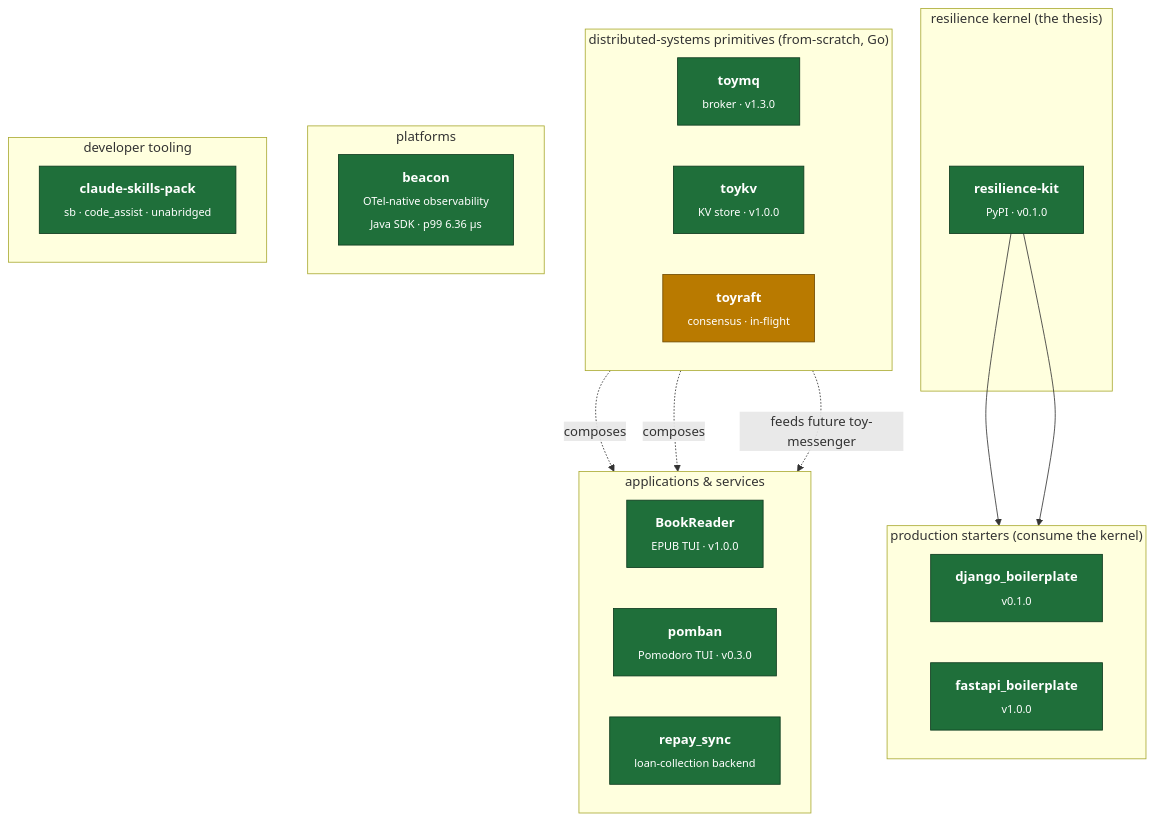
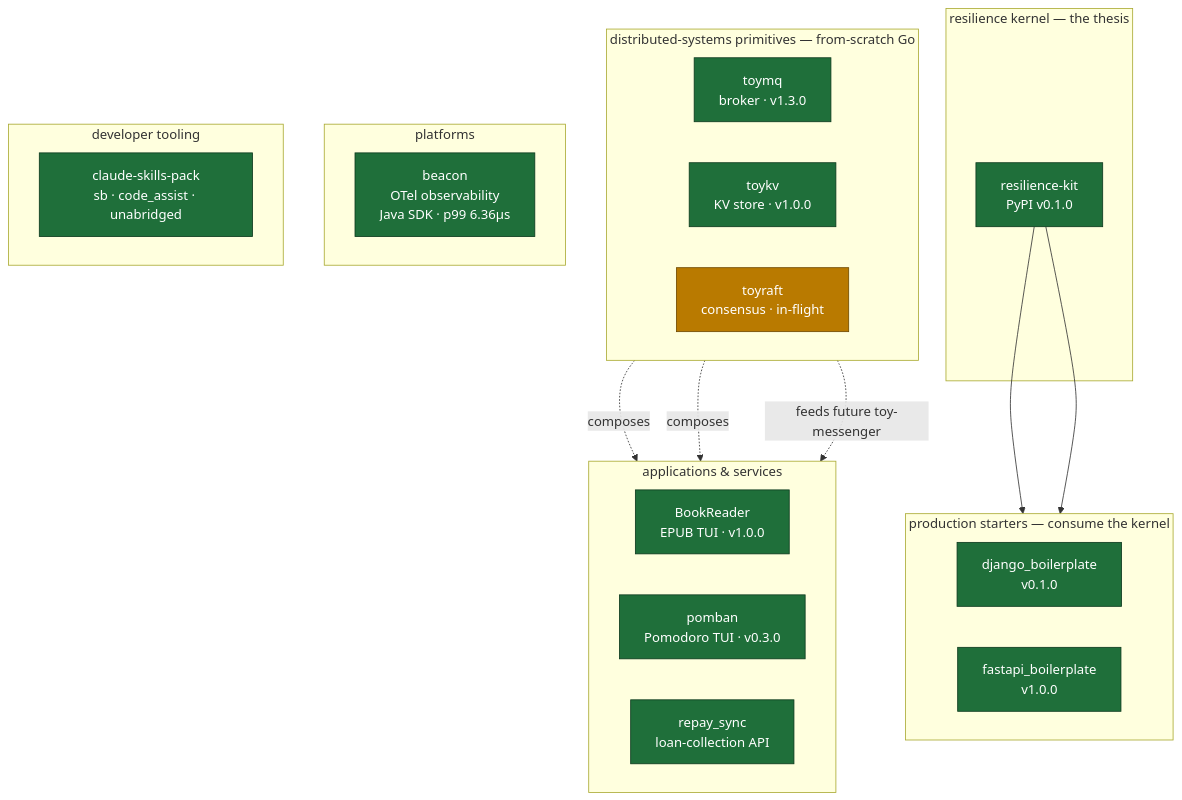
One commit to prajwalmahajan101/prajwalmahajan101 changed the diagram in README.md. Above: the diagram before and after it, drawn with Mermaid.

Commit message:
fix(readme): drop <b>/<sub> from mermaid labels to stop text cutoff
Mermaid sizes node boxes assuming a single font; <sub> shrinks the
rendered text but the box width is still computed for normal-size
glyphs, leaving the bold first line overflowing the right edge on
GitHub's renderer.

Switching to plain text with <br/> only — labels still readable, no
cutoff.

````diff
--- a/README.md
+++ b/README.md
@@ -20,45 +20,45 @@
 ```mermaid
 flowchart TB
-    subgraph KERNEL["resilience kernel (the thesis)"]
-        K["<b>resilience-kit</b><br/><sub>PyPI · v0.1.0</sub>"]
+    subgraph KERNEL["resilience kernel — the thesis"]
+        K["resilience-kit<br/>PyPI v0.1.0"]
     end
 
-    subgraph PRIMITIVES["distributed-systems primitives (from-scratch, Go)"]
+    subgraph PRIMITIVES["distributed-systems primitives — from-scratch Go"]
         direction LR
-        P1["<b>toymq</b><br/><sub>broker · v1.3.0</sub>"]
-        P2["<b>toykv</b><br/><sub>KV store · v1.0.0</sub>"]
-        P3["<b>toyraft</b><br/><sub>consensus · in-flight</sub>"]
+        P1["toymq<br/>broker · v1.3.0"]
+        P2["toykv<br/>KV store · v1.0.0"]
+        P3["toyraft<br/>consensus · in-flight"]
     end
 
     subgraph PLATFORMS["platforms"]
-        B["<b>beacon</b><br/><sub>OTel-native observability<br/>Java SDK · p99 6.36 µs</sub>"]
+        B["beacon<br/>OTel observability<br/>Java SDK · p99 6.36µs"]
     end
 
-    subgraph STARTERS["production starters (consume the kernel)"]
+    subgraph STARTERS["production starters — consume the kernel"]
         direction LR
-        C1["<b>django_boilerplate</b><br/><sub>v0.1.0</sub>"]
-        C2["<b>fastapi_boilerplate</b><br/><sub>v1.0.0</sub>"]
+        C1["django_boilerplate<br/>v0.1.0"]
+        C2["fastapi_boilerplate<br/>v1.0.0"]
     end
 
     subgraph APPS["applications & services"]
         direction LR
-        A1["<b>BookReader</b><br/><sub>EPUB TUI · v1.0.0</sub>"]
-        A2["<b>pomban</b><br/><sub>Pomodoro TUI · v0.3.0</sub>"]
-        A3["<b>repay_sync</b><br/><sub>loan-collection backend</sub>"]
+        A1["BookReader<br/>EPUB TUI · v1.0.0"]
+        A2["pomban<br/>Pomodoro TUI · v0.3.0"]
+        A3["repay_sync<br/>loan-collection API"]
     end
 
     subgraph DEVTOOLS["developer tooling"]
-        T1["<b>claude-skills-pack</b><br/><sub>sb · code_assist · unabridged</sub>"]
+        T1["claude-skills-pack<br/>sb · code_assist · unabridged"]
     end
 
     K --> C1
     K --> C2
     P1 -.composes.-> APPS
     P2 -.composes.-> APPS
     P3 -.feeds future toy-messenger.-> APPS
 
     classDef shipped fill:#1f6f3a,stroke:#0d3a1e,color:#fff;
     classDef active  fill:#b97a00,stroke:#6e4900,color:#fff;
     class K,P1,P2,B,C1,C2,A1,A2,A3,T1 shipped;
     class P3 active;
 ```
````
